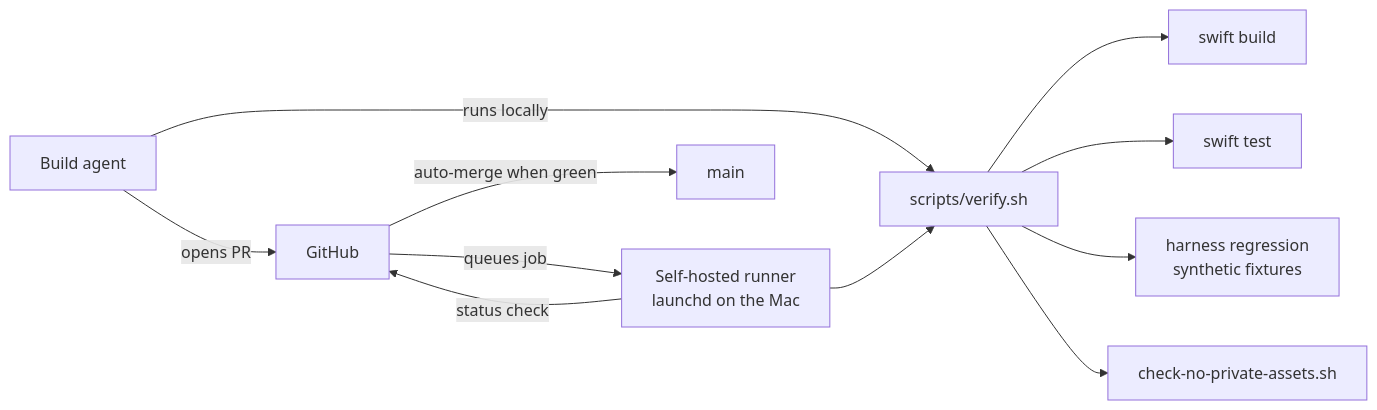
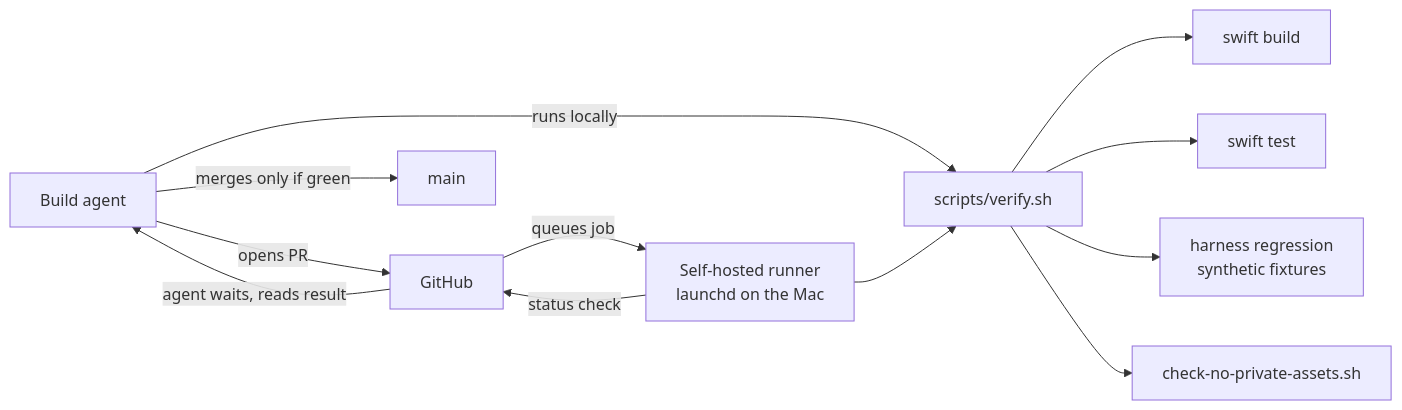
The fifth of 5 diagrams in docs/ARCHITECTURE.md (Brian-Egan/StillMotions), drawn with Mermaid before and after one commit. The commit also changed other lines of this file and 5 other files, not shown here.

````diff
--- a/docs/ARCHITECTURE.md
+++ b/docs/ARCHITECTURE.md
@@ -321,13 +321,14 @@
 ```mermaid
 flowchart LR
   AGENT[Build agent] -->|opens PR| GH[GitHub]
   AGENT -->|runs locally| VERIFY[scripts/verify.sh]
   GH -->|queues job| RUNNER[Self-hosted runner<br/>launchd on the Mac]
   RUNNER --> VERIFY
   VERIFY --> BUILD[swift build]
   VERIFY --> TEST[swift test]
   VERIFY --> REG[harness regression<br/>synthetic fixtures]
   VERIFY --> PRIV[check-no-private-assets.sh]
   RUNNER -->|status check| GH
-  GH -->|auto-merge when green| MAIN[main]
+  GH -->|agent waits, reads result| AGENT
+  AGENT -->|merges only if green| MAIN[main]
 ```
````
